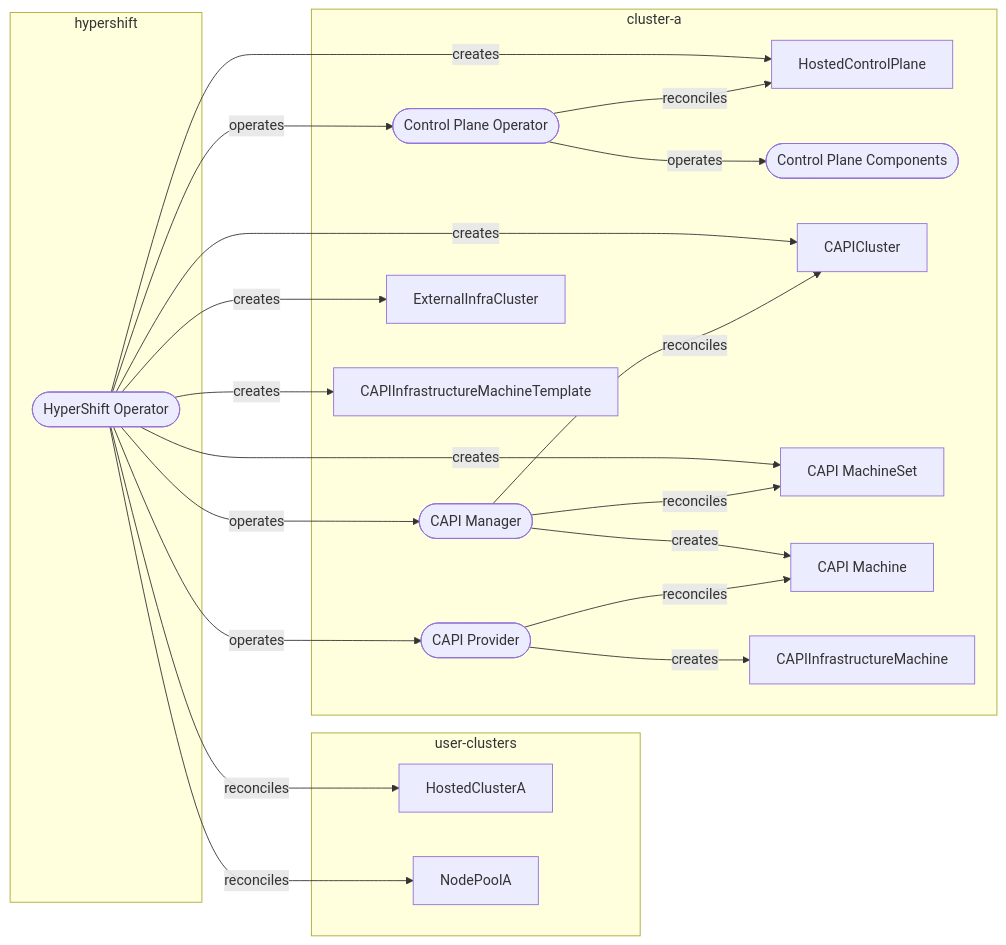
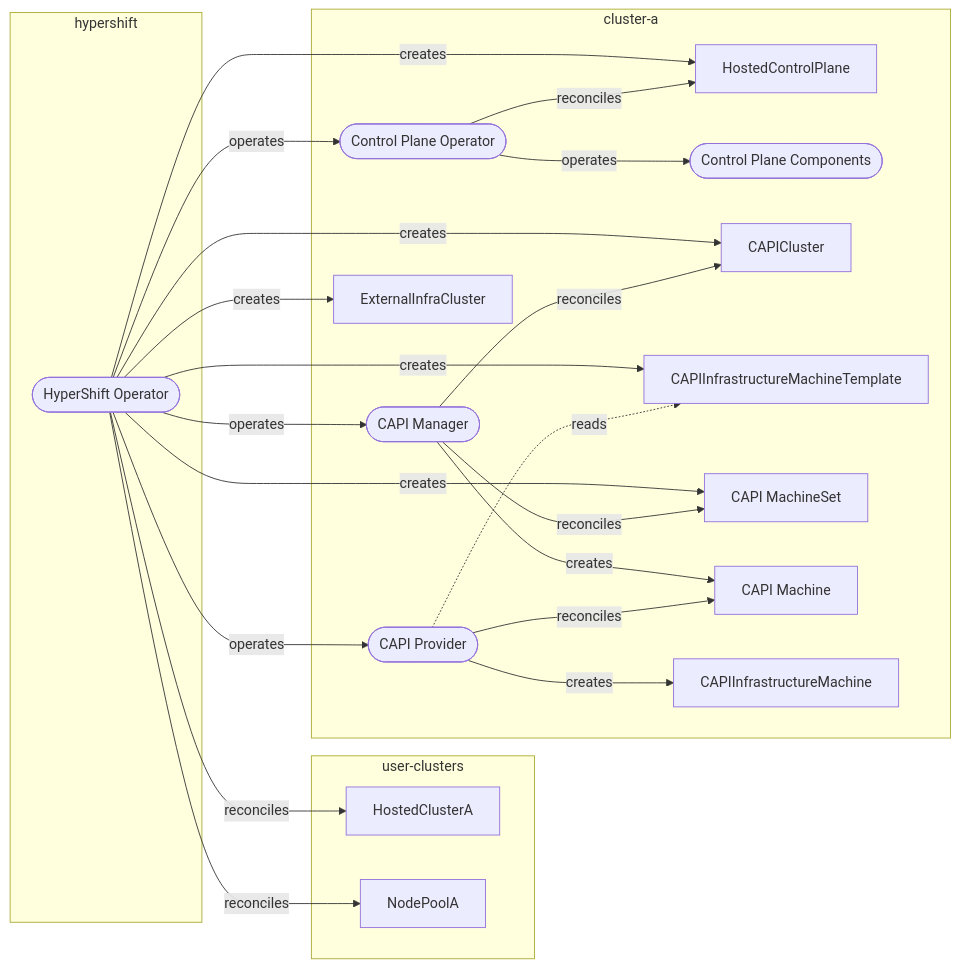
The first of 8 diagrams in docs/content/reference/controller-architecture.md (openshift/hypershift), drawn with Mermaid before and after one commit. The commit also changed other lines of this file, not shown here.

First line of the commit message:
docs: extend controller architecture diagram with resource consumption relationships

````diff
--- a/docs/content/reference/controller-architecture.md
+++ b/docs/content/reference/controller-architecture.md
@@ -13,52 +15,53 @@
 ```mermaid
 flowchart LR
   subgraph hypershift
     cluster-operator([HyperShift Operator])
   end
 
   subgraph user-clusters
     HostedClusterA
     NodePoolA
   end
 
   subgraph cluster-a
     control-plane-operator([Control Plane Operator])
 
     capi-manager([CAPI Manager])
     capi-provider([CAPI Provider])
 
     HostedControlPlane
     ExternalInfraCluster
 
     cp-components([Control Plane Components])
 
     capi-cluster[CAPICluster]
 
     capi-machine-template[CAPIInfrastructureMachineTemplate]
     capi-machineset[CAPI MachineSet]
     capi-machine[CAPI Machine]
     capi-provider-machine[CAPIInfrastructureMachine]
   end
 
   cluster-operator-->|reconciles|HostedClusterA
   cluster-operator-->|operates|control-plane-operator
   cluster-operator-->|operates|capi-manager
   cluster-operator-->|operates|capi-provider
   cluster-operator-->|creates|HostedControlPlane
   cluster-operator-->|creates|capi-cluster
   cluster-operator-->|creates|ExternalInfraCluster
   cluster-operator-->|reconciles|NodePoolA
   cluster-operator-->|creates|capi-machine-template
   cluster-operator-->|creates|capi-machineset
 
   control-plane-operator-->|operates|cp-components
 
   control-plane-operator-->|reconciles|HostedControlPlane
 
   capi-manager-->|reconciles|capi-cluster
   capi-manager-->|reconciles|capi-machineset
   capi-manager-->|creates|capi-machine
 
   capi-provider-->|reconciles|capi-machine
   capi-provider-->|creates|capi-provider-machine
+  capi-provider-.->|reads|capi-machine-template
 ```
````
